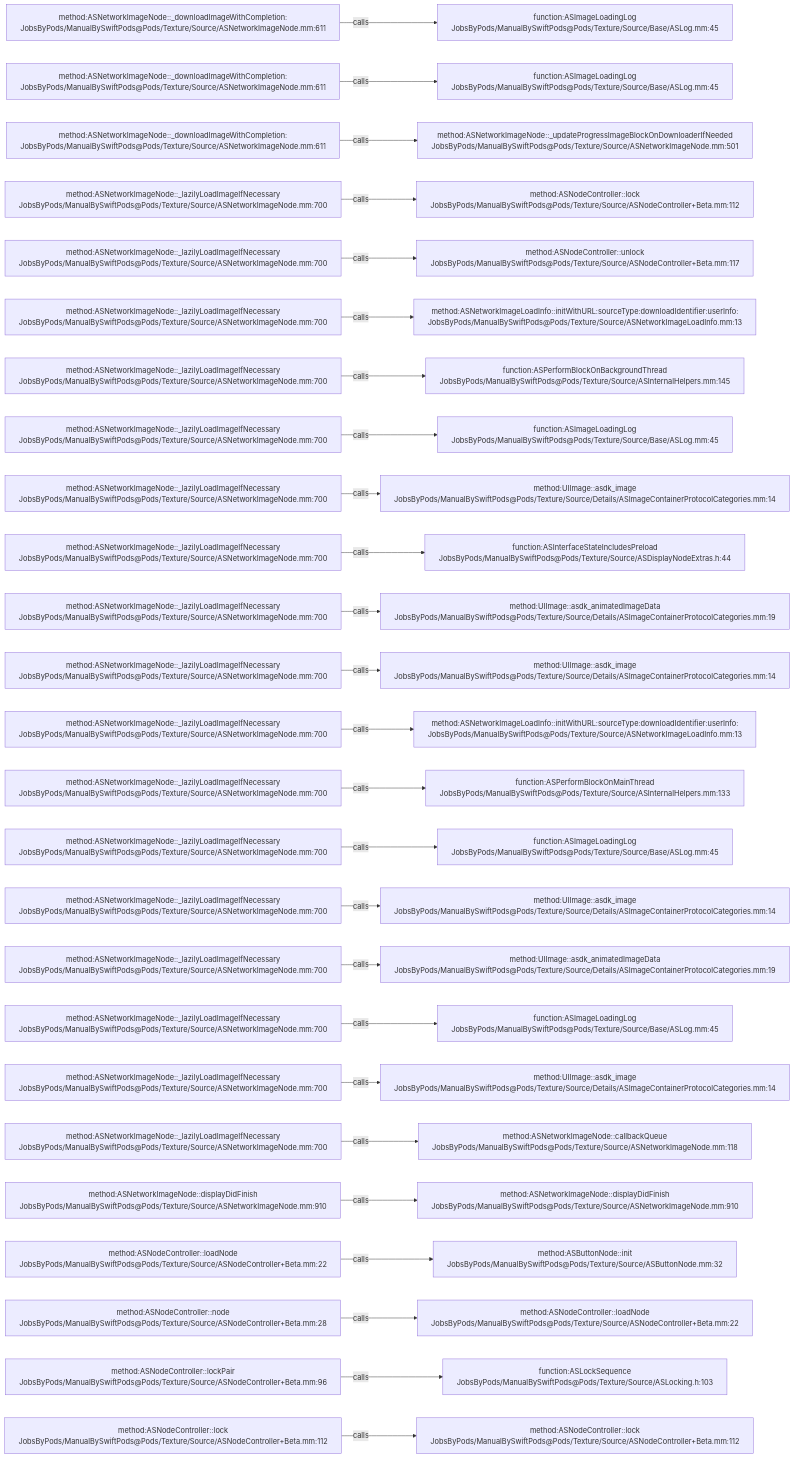
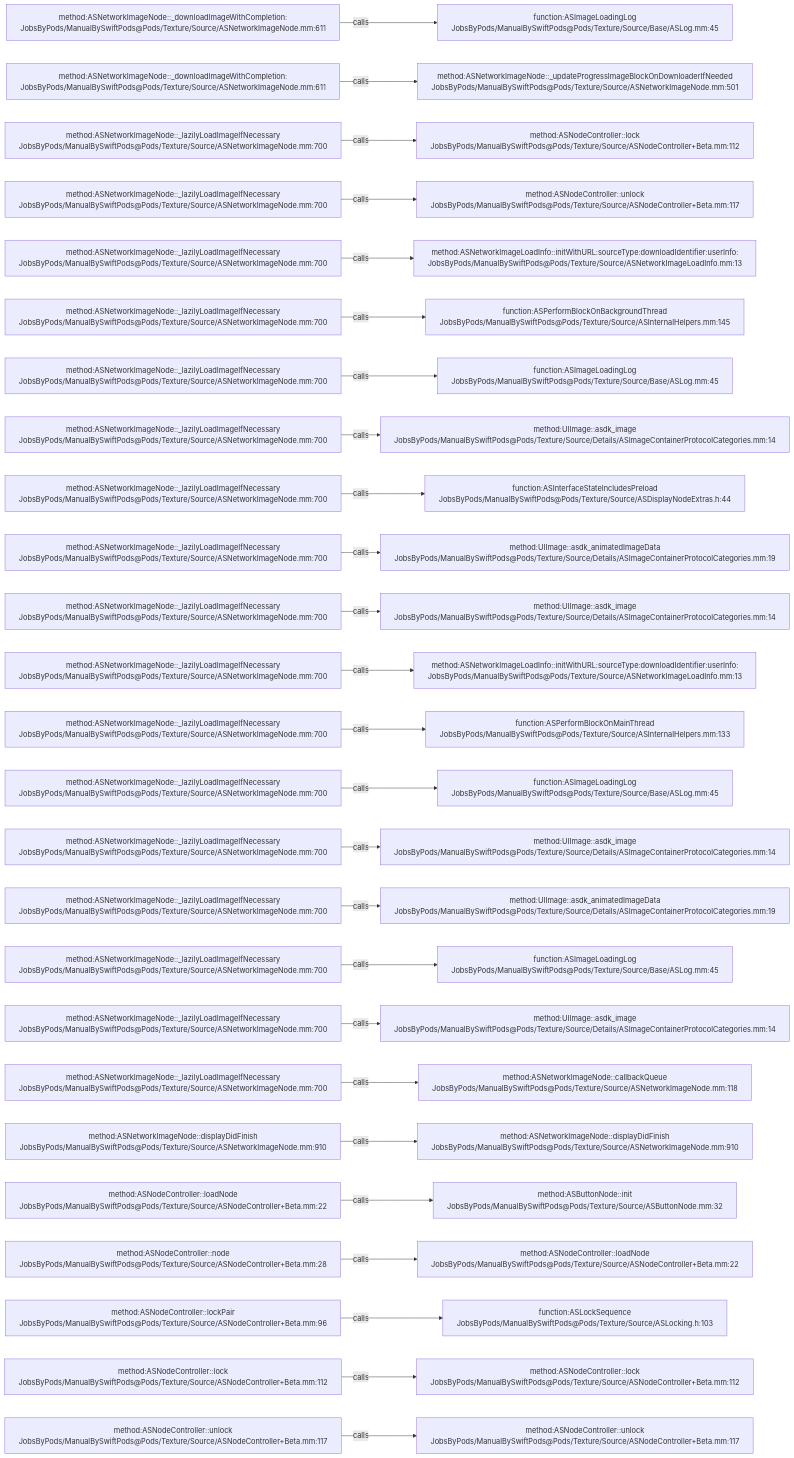
Before and after one commit to JobsKits/JobsSwiftBaseConfigDemo: the diagram in .codegraph/codegraph.md/graphs/calls-051.md, drawn with Mermaid. The commit also changed 747 other files, not shown here.

````diff
--- a/.codegraph/codegraph.md/graphs/calls-051.md
+++ b/.codegraph/codegraph.md/graphs/calls-051.md
@@ -13,78 +13,78 @@
 ```mermaid
 flowchart LR
   S1["method:ASNetworkImageNode::_downloadImageWithCompletion:<br/>JobsByPods/ManualBySwiftPods@Pods/Texture/Source/ASNetworkImageNode.mm:611"]
   T1["function:ASImageLoadingLog<br/>JobsByPods/ManualBySwiftPods@Pods/Texture/Source/Base/ASLog.mm:45"]
   S1 -->|calls| T1
   S2["method:ASNetworkImageNode::_downloadImageWithCompletion:<br/>JobsByPods/ManualBySwiftPods@Pods/Texture/Source/ASNetworkImageNode.mm:611"]
-  T2["function:ASImageLoadingLog<br/>JobsByPods/ManualBySwiftPods@Pods/Texture/Source/Base/ASLog.mm:45"]
+  T2["method:ASNetworkImageNode::_updateProgressImageBlockOnDownloaderIfNeeded<br/>JobsByPods/ManualBySwiftPods@Pods/Texture/Source/ASNetworkImageNode.mm:501"]
   S2 -->|calls| T2
-  S3["method:ASNetworkImageNode::_downloadImageWithCompletion:<br/>JobsByPods/ManualBySwiftPods@Pods/Texture/Source/ASNetworkImageNode.mm:611"]
-  T3["method:ASNetworkImageNode::_updateProgressImageBlockOnDownloaderIfNeeded<br/>JobsByPods/ManualBySwiftPods@Pods/Texture/Source/ASNetworkImageNode.mm:501"]
+  S3["method:ASNetworkImageNode::_lazilyLoadImageIfNecessary<br/>JobsByPods/ManualBySwiftPods@Pods/Texture/Source/ASNetworkImageNode.mm:700"]
+  T3["method:ASNodeController::lock<br/>JobsByPods/ManualBySwiftPods@Pods/Texture/Source/ASNodeController+Beta.mm:112"]
   S3 -->|calls| T3
   S4["method:ASNetworkImageNode::_lazilyLoadImageIfNecessary<br/>JobsByPods/ManualBySwiftPods@Pods/Texture/Source/ASNetworkImageNode.mm:700"]
-  T4["method:ASNodeController::lock<br/>JobsByPods/ManualBySwiftPods@Pods/Texture/Source/ASNodeController+Beta.mm:112"]
+  T4["method:ASNodeController::unlock<br/>JobsByPods/ManualBySwiftPods@Pods/Texture/Source/ASNodeController+Beta.mm:117"]
   S4 -->|calls| T4
   S5["method:ASNetworkImageNode::_lazilyLoadImageIfNecessary<br/>JobsByPods/ManualBySwiftPods@Pods/Texture/Source/ASNetworkImageNode.mm:700"]
-  T5["method:ASNodeController::unlock<br/>JobsByPods/ManualBySwiftPods@Pods/Texture/Source/ASNodeController+Beta.mm:117"]
+  T5["method:ASNetworkImageLoadInfo::initWithURL:sourceType:downloadIdentifier:userInfo:<br/>JobsByPods/ManualBySwiftPods@Pods/Texture/Source/ASNetworkImageLoadInfo.mm:13"]
   S5 -->|calls| T5
   S6["method:ASNetworkImageNode::_lazilyLoadImageIfNecessary<br/>JobsByPods/ManualBySwiftPods@Pods/Texture/Source/ASNetworkImageNode.mm:700"]
-  T6["method:ASNetworkImageLoadInfo::initWithURL:sourceType:downloadIdentifier:userInfo:<br/>JobsByPods/ManualBySwiftPods@Pods/Texture/Source/ASNetworkImageLoadInfo.mm:13"]
+  T6["function:ASPerformBlockOnBackgroundThread<br/>JobsByPods/ManualBySwiftPods@Pods/Texture/Source/ASInternalHelpers.mm:145"]
   S6 -->|calls| T6
   S7["method:ASNetworkImageNode::_lazilyLoadImageIfNecessary<br/>JobsByPods/ManualBySwiftPods@Pods/Texture/Source/ASNetworkImageNode.mm:700"]
-  T7["function:ASPerformBlockOnBackgroundThread<br/>JobsByPods/ManualBySwiftPods@Pods/Texture/Source/ASInternalHelpers.mm:145"]
+  T7["function:ASImageLoadingLog<br/>JobsByPods/ManualBySwiftPods@Pods/Texture/Source/Base/ASLog.mm:45"]
   S7 -->|calls| T7
   S8["method:ASNetworkImageNode::_lazilyLoadImageIfNecessary<br/>JobsByPods/ManualBySwiftPods@Pods/Texture/Source/ASNetworkImageNode.mm:700"]
-  T8["function:ASImageLoadingLog<br/>JobsByPods/ManualBySwiftPods@Pods/Texture/Source/Base/ASLog.mm:45"]
+  T8["method:UIImage::asdk_image<br/>JobsByPods/ManualBySwiftPods@Pods/Texture/Source/Details/ASImageContainerProtocolCategories.mm:14"]
   S8 -->|calls| T8
   S9["method:ASNetworkImageNode::_lazilyLoadImageIfNecessary<br/>JobsByPods/ManualBySwiftPods@Pods/Texture/Source/ASNetworkImageNode.mm:700"]
-  T9["method:UIImage::asdk_image<br/>JobsByPods/ManualBySwiftPods@Pods/Texture/Source/Details/ASImageContainerProtocolCategories.mm:14"]
+  T9["function:ASInterfaceStateIncludesPreload<br/>JobsByPods/ManualBySwiftPods@Pods/Texture/Source/ASDisplayNodeExtras.h:44"]
   S9 -->|calls| T9
   S10["method:ASNetworkImageNode::_lazilyLoadImageIfNecessary<br/>JobsByPods/ManualBySwiftPods@Pods/Texture/Source/ASNetworkImageNode.mm:700"]
-  T10["function:ASInterfaceStateIncludesPreload<br/>JobsByPods/ManualBySwiftPods@Pods/Texture/Source/ASDisplayNodeExtras.h:44"]
+  T10["method:UIImage::asdk_animatedImageData<br/>JobsByPods/ManualBySwiftPods@Pods/Texture/Source/Details/ASImageContainerProtocolCategories.mm:19"]
   S10 -->|calls| T10
   S11["method:ASNetworkImageNode::_lazilyLoadImageIfNecessary<br/>JobsByPods/ManualBySwiftPods@Pods/Texture/Source/ASNetworkImageNode.mm:700"]
-  T11["method:UIImage::asdk_animatedImageData<br/>JobsByPods/ManualBySwiftPods@Pods/Texture/Source/Details/ASImageContainerProtocolCategories.mm:19"]
+  T11["method:UIImage::asdk_image<br/>JobsByPods/ManualBySwiftPods@Pods/Texture/Source/Details/ASImageContainerProtocolCategories.mm:14"]
   S11 -->|calls| T11
   S12["method:ASNetworkImageNode::_lazilyLoadImageIfNecessary<br/>JobsByPods/ManualBySwiftPods@Pods/Texture/Source/ASNetworkImageNode.mm:700"]
-  T12["method:UIImage::asdk_image<br/>JobsByPods/ManualBySwiftPods@Pods/Texture/Source/Details/ASImageContainerProtocolCategories.mm:14"]
+  T12["method:ASNetworkImageLoadInfo::initWithURL:sourceType:downloadIdentifier:userInfo:<br/>JobsByPods/ManualBySwiftPods@Pods/Texture/Source/ASNetworkImageLoadInfo.mm:13"]
   S12 -->|calls| T12
   S13["method:ASNetworkImageNode::_lazilyLoadImageIfNecessary<br/>JobsByPods/ManualBySwiftPods@Pods/Texture/Source/ASNetworkImageNode.mm:700"]
-  T13["method:ASNetworkImageLoadInfo::initWithURL:sourceType:downloadIdentifier:userInfo:<br/>JobsByPods/ManualBySwiftPods@Pods/Texture/Source/ASNetworkImageLoadInfo.mm:13"]
+  T13["function:ASPerformBlockOnMainThread<br/>JobsByPods/ManualBySwiftPods@Pods/Texture/Source/ASInternalHelpers.mm:133"]
   S13 -->|calls| T13
   S14["method:ASNetworkImageNode::_lazilyLoadImageIfNecessary<br/>JobsByPods/ManualBySwiftPods@Pods/Texture/Source/ASNetworkImageNode.mm:700"]
-  T14["function:ASPerformBlockOnMainThread<br/>JobsByPods/ManualBySwiftPods@Pods/Texture/Source/ASInternalHelpers.mm:133"]
+  T14["function:ASImageLoadingLog<br/>JobsByPods/ManualBySwiftPods@Pods/Texture/Source/Base/ASLog.mm:45"]
   S14 -->|calls| T14
   S15["method:ASNetworkImageNode::_lazilyLoadImageIfNecessary<br/>JobsByPods/ManualBySwiftPods@Pods/Texture/Source/ASNetworkImageNode.mm:700"]
-  T15["function:ASImageLoadingLog<br/>JobsByPods/ManualBySwiftPods@Pods/Texture/Source/Base/ASLog.mm:45"]
+  T15["method:UIImage::asdk_image<br/>JobsByPods/ManualBySwiftPods@Pods/Texture/Source/Details/ASImageContainerProtocolCategories.mm:14"]
   S15 -->|calls| T15
   S16["method:ASNetworkImageNode::_lazilyLoadImageIfNecessary<br/>JobsByPods/ManualBySwiftPods@Pods/Texture/Source/ASNetworkImageNode.mm:700"]
-  T16["method:UIImage::asdk_image<br/>JobsByPods/ManualBySwiftPods@Pods/Texture/Source/Details/ASImageContainerProtocolCategories.mm:14"]
+  T16["method:UIImage::asdk_animatedImageData<br/>JobsByPods/ManualBySwiftPods@Pods/Texture/Source/Details/ASImageContainerProtocolCategories.mm:19"]
   S16 -->|calls| T16
   S17["method:ASNetworkImageNode::_lazilyLoadImageIfNecessary<br/>JobsByPods/ManualBySwiftPods@Pods/Texture/Source/ASNetworkImageNode.mm:700"]
-  T17["method:UIImage::asdk_animatedImageData<br/>JobsByPods/ManualBySwiftPods@Pods/Texture/Source/Details/ASImageContainerProtocolCategories.mm:19"]
+  T17["function:ASImageLoadingLog<br/>JobsByPods/ManualBySwiftPods@Pods/Texture/Source/Base/ASLog.mm:45"]
   S17 -->|calls| T17
   S18["method:ASNetworkImageNode::_lazilyLoadImageIfNecessary<br/>JobsByPods/ManualBySwiftPods@Pods/Texture/Source/ASNetworkImageNode.mm:700"]
-  T18["function:ASImageLoadingLog<br/>JobsByPods/ManualBySwiftPods@Pods/Texture/Source/Base/ASLog.mm:45"]
+  T18["method:UIImage::asdk_image<br/>JobsByPods/ManualBySwiftPods@Pods/Texture/Source/Details/ASImageContainerProtocolCategories.mm:14"]
   S18 -->|calls| T18
   S19["method:ASNetworkImageNode::_lazilyLoadImageIfNecessary<br/>JobsByPods/ManualBySwiftPods@Pods/Texture/Source/ASNetworkImageNode.mm:700"]
-  T19["method:UIImage::asdk_image<br/>JobsByPods/ManualBySwiftPods@Pods/Texture/Source/Details/ASImageContainerProtocolCategories.mm:14"]
+  T19["method:ASNetworkImageNode::callbackQueue<br/>JobsByPods/ManualBySwiftPods@Pods/Texture/Source/ASNetworkImageNode.mm:118"]
   S19 -->|calls| T19
-  S20["method:ASNetworkImageNode::_lazilyLoadImageIfNecessary<br/>JobsByPods/ManualBySwiftPods@Pods/Texture/Source/ASNetworkImageNode.mm:700"]
-  T20["method:ASNetworkImageNode::callbackQueue<br/>JobsByPods/ManualBySwiftPods@Pods/Texture/Source/ASNetworkImageNode.mm:118"]
+  S20["method:ASNetworkImageNode::displayDidFinish<br/>JobsByPods/ManualBySwiftPods@Pods/Texture/Source/ASNetworkImageNode.mm:910"]
+  T20["method:ASNetworkImageNode::displayDidFinish<br/>JobsByPods/ManualBySwiftPods@Pods/Texture/Source/ASNetworkImageNode.mm:910"]
   S20 -->|calls| T20
-  S21["method:ASNetworkImageNode::displayDidFinish<br/>JobsByPods/ManualBySwiftPods@Pods/Texture/Source/ASNetworkImageNode.mm:910"]
-  T21["method:ASNetworkImageNode::displayDidFinish<br/>JobsByPods/ManualBySwiftPods@Pods/Texture/Source/ASNetworkImageNode.mm:910"]
+  S21["method:ASNodeController::loadNode<br/>JobsByPods/ManualBySwiftPods@Pods/Texture/Source/ASNodeController+Beta.mm:22"]
+  T21["method:ASButtonNode::init<br/>JobsByPods/ManualBySwiftPods@Pods/Texture/Source/ASButtonNode.mm:32"]
   S21 -->|calls| T21
-  S22["method:ASNodeController::loadNode<br/>JobsByPods/ManualBySwiftPods@Pods/Texture/Source/ASNodeController+Beta.mm:22"]
-  T22["method:ASButtonNode::init<br/>JobsByPods/ManualBySwiftPods@Pods/Texture/Source/ASButtonNode.mm:32"]
+  S22["method:ASNodeController::node<br/>JobsByPods/ManualBySwiftPods@Pods/Texture/Source/ASNodeController+Beta.mm:28"]
+  T22["method:ASNodeController::loadNode<br/>JobsByPods/ManualBySwiftPods@Pods/Texture/Source/ASNodeController+Beta.mm:22"]
   S22 -->|calls| T22
-  S23["method:ASNodeController::node<br/>JobsByPods/ManualBySwiftPods@Pods/Texture/Source/ASNodeController+Beta.mm:28"]
-  T23["method:ASNodeController::loadNode<br/>JobsByPods/ManualBySwiftPods@Pods/Texture/Source/ASNodeController+Beta.mm:22"]
+  S23["method:ASNodeController::lockPair<br/>JobsByPods/ManualBySwiftPods@Pods/Texture/Source/ASNodeController+Beta.mm:96"]
+  T23["function:ASLockSequence<br/>JobsByPods/ManualBySwiftPods@Pods/Texture/Source/ASLocking.h:103"]
   S23 -->|calls| T23
-  S24["method:ASNodeController::lockPair<br/>JobsByPods/ManualBySwiftPods@Pods/Texture/Source/ASNodeController+Beta.mm:96"]
-  T24["function:ASLockSequence<br/>JobsByPods/ManualBySwiftPods@Pods/Texture/Source/ASLocking.h:103"]
+  S24["method:ASNodeController::lock<br/>JobsByPods/ManualBySwiftPods@Pods/Texture/Source/ASNodeController+Beta.mm:112"]
+  T24["method:ASNodeController::lock<br/>JobsByPods/ManualBySwiftPods@Pods/Texture/Source/ASNodeController+Beta.mm:112"]
   S24 -->|calls| T24
-  S25["method:ASNodeController::lock<br/>JobsByPods/ManualBySwiftPods@Pods/Texture/Source/ASNodeController+Beta.mm:112"]
-  T25["method:ASNodeController::lock<br/>JobsByPods/ManualBySwiftPods@Pods/Texture/Source/ASNodeController+Beta.mm:112"]
+  S25["method:ASNodeController::unlock<br/>JobsByPods/ManualBySwiftPods@Pods/Texture/Source/ASNodeController+Beta.mm:117"]
+  T25["method:ASNodeController::unlock<br/>JobsByPods/ManualBySwiftPods@Pods/Texture/Source/ASNodeController+Beta.mm:117"]
   S25 -->|calls| T25
 ```
````
